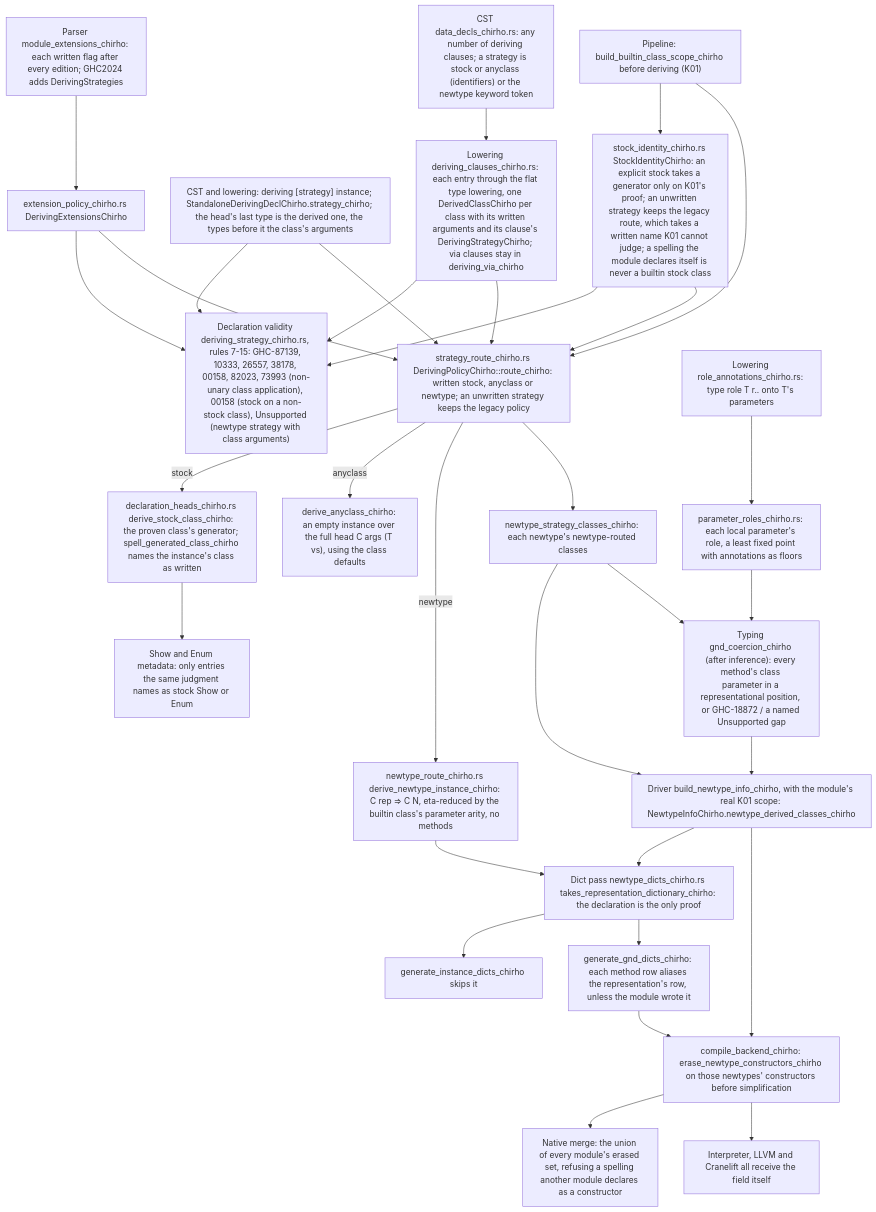
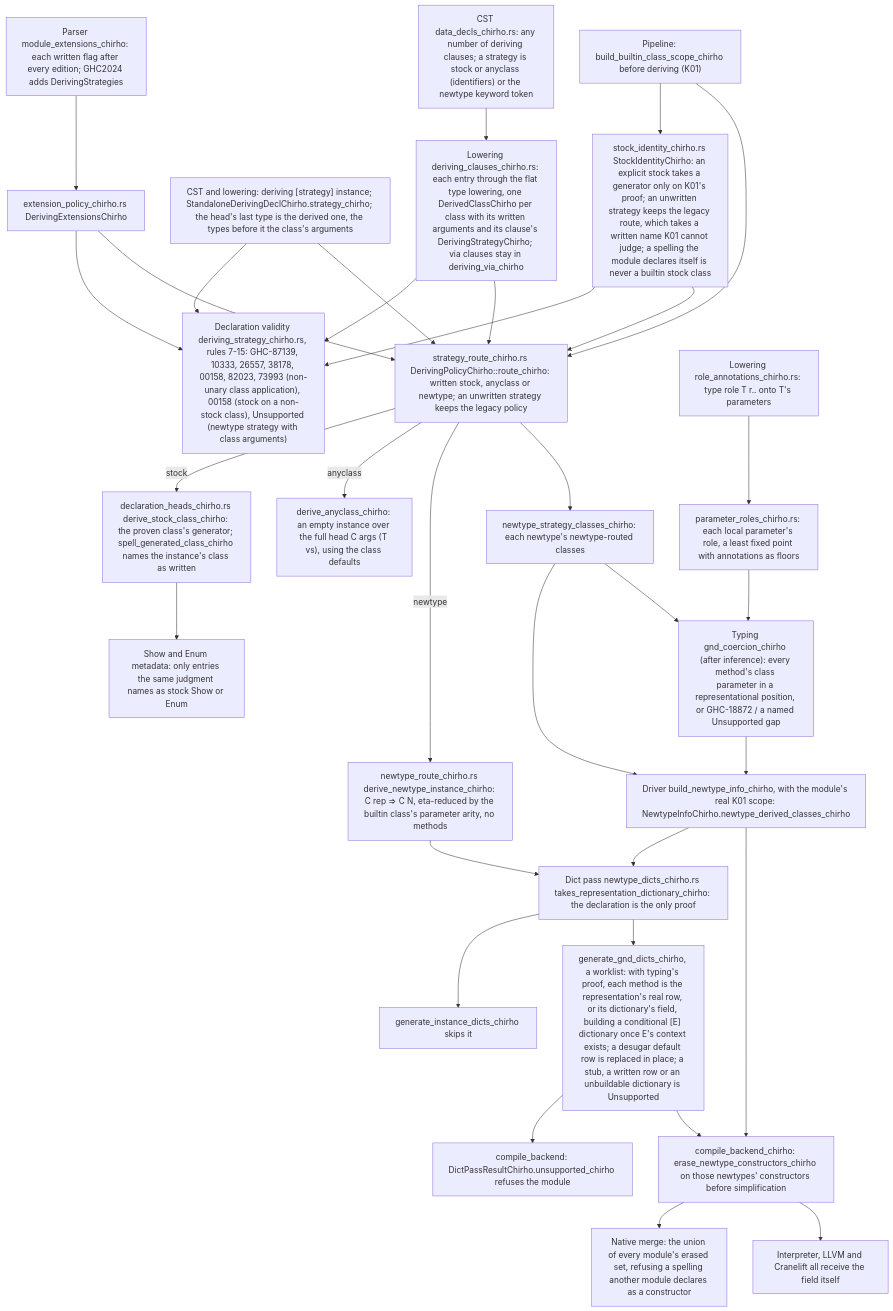
One commit to loveJesus/haskelujah-chirho changed the diagram in spec-chirho/workflows-chirho/language-features-chirho/deriving-strategies-chirho.md. Above: the diagram before and after it, drawn with Mermaid. The commit also changed other lines of this file and 11 other files, not shown here.

First line of the commit message:
fix(deriving): GND aliases need the proof and a real representation method (r8)

````diff
--- a/spec-chirho/workflows-chirho/language-features-chirho/deriving-strategies-chirho.md
+++ b/spec-chirho/workflows-chirho/language-features-chirho/deriving-strategies-chirho.md
@@ -12,35 +12,36 @@
 ```mermaid
 flowchart TD
     cst_chirho["CST data_decls_chirho.rs: any number of deriving clauses; a strategy is stock or anyclass (identifiers) or the newtype keyword token"]
     cst_chirho --> lower_chirho["Lowering deriving_clauses_chirho.rs: each entry through the flat type lowering, one DerivedClassChirho per class with its written arguments and its clause's DerivingStrategyChirho; via clauses stay in deriving_via_chirho"]
     standalone_chirho["CST and lowering: deriving [strategy] instance; StandaloneDerivingDeclChirho.strategy_chirho; the head's last type is the derived one, the types before it the class's arguments"]
     pragmas_chirho["Parser module_extensions_chirho: each written flag after every edition; GHC2024 adds DerivingStrategies"] --> policy_chirho["extension_policy_chirho.rs DerivingExtensionsChirho"]
     policy_chirho --> validity_chirho
     policy_chirho --> route_chirho
     scope_chirho --> identity_chirho["stock_identity_chirho.rs StockIdentityChirho: an explicit stock takes a generator only on K01's proof; an unwritten strategy keeps the legacy route, which takes a written name K01 cannot judge; a spelling the module declares itself is never a builtin stock class"]
     identity_chirho --> validity_chirho
     identity_chirho --> route_chirho
     lower_chirho --> validity_chirho["Declaration validity deriving_strategy_chirho.rs, rules 7-15: GHC-87139, 10333, 26557, 38178, 00158, 82023, 73993 (non-unary class application), 00158 (stock on a non-stock class), Unsupported (newtype strategy with class arguments)"]
     standalone_chirho --> validity_chirho
     lower_chirho --> route_chirho["strategy_route_chirho.rs DerivingPolicyChirho::route_chirho: written stock, anyclass or newtype; an unwritten strategy keeps the legacy policy"]
     standalone_chirho --> route_chirho
     scope_chirho["Pipeline: build_builtin_class_scope_chirho before deriving (K01)"] --> route_chirho
     route_chirho -->|stock| stock_chirho["declaration_heads_chirho.rs derive_stock_class_chirho: the proven class's generator; spell_generated_class_chirho names the instance's class as written"]
     route_chirho -->|anyclass| empty_chirho["derive_anyclass_chirho: an empty instance over the full head C args (T vs), using the class defaults"]
     route_chirho -->|newtype| gnd_chirho["newtype_route_chirho.rs derive_newtype_instance_chirho: C rep => C N, eta-reduced by the builtin class's parameter arity, no methods"]
     route_chirho --> inventory_chirho["newtype_strategy_classes_chirho: each newtype's newtype-routed classes"]
     stock_chirho --> metadata_chirho["Show and Enum metadata: only entries the same judgment names as stock Show or Enum"]
     inventory_chirho --> info_chirho["Driver build_newtype_info_chirho, with the module's real K01 scope: NewtypeInfoChirho.newtype_derived_classes_chirho"]
     roles_annotation_chirho["Lowering role_annotations_chirho.rs: type role T r.. onto T's parameters"] --> roles_chirho["parameter_roles_chirho.rs: each local parameter's role, a least fixed point with annotations as floors"]
     inventory_chirho --> proof_chirho["Typing gnd_coercion_chirho (after inference): every method's class parameter in a representational position, or GHC-18872 / a named Unsupported gap"]
     roles_chirho --> proof_chirho
     proof_chirho --> info_chirho
     info_chirho --> eligible_chirho["Dict pass newtype_dicts_chirho.rs takes_representation_dictionary_chirho: the declaration is the only proof"]
     gnd_chirho --> eligible_chirho
     eligible_chirho --> ground_skip_chirho["generate_instance_dicts_chirho skips it"]
-    eligible_chirho --> alias_chirho["generate_gnd_dicts_chirho: each method row aliases the representation's row, unless the module wrote it"]
+    eligible_chirho --> alias_chirho["generate_gnd_dicts_chirho, a worklist: with typing's proof, each method is the representation's real row, or its dictionary's field, building a conditional [E] dictionary once E's context exists; a desugar default row is replaced in place; a stub, a written row or an unbuildable dictionary is Unsupported"]
+    alias_chirho --> refuse_chirho["compile_backend: DictPassResultChirho.unsupported_chirho refuses the module"]
     info_chirho --> erase_chirho["compile_backend_chirho: erase_newtype_constructors_chirho on those newtypes' constructors before simplification"]
     erase_chirho --> merge_chirho["Native merge: the union of every module's erased set, refusing a spelling another module declares as a constructor"]
     alias_chirho --> erase_chirho
     erase_chirho --> backends_chirho["Interpreter, LLVM and Cranelift all receive the field itself"]
 ```
````
